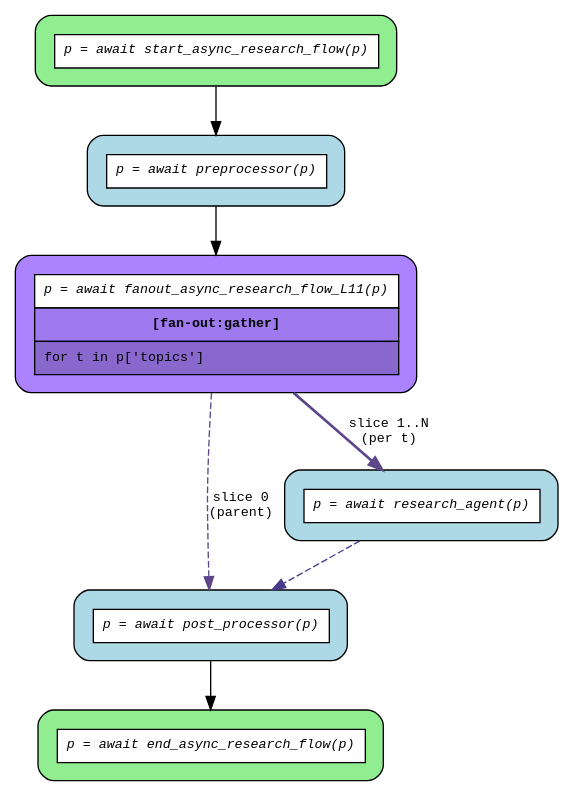
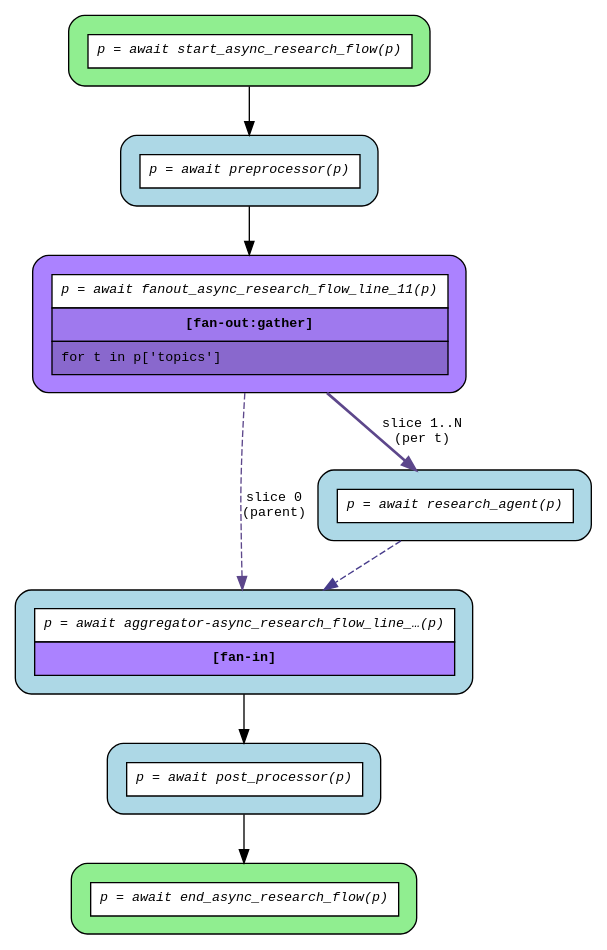
Before and after one commit to deliveryhero/asya: the diagram in examples/flows/compiled/fanout_gather/flow.dot, drawn with Graphviz. The commit also changed 22 other files, not shown here.

```diff
--- a/examples/flows/compiled/fanout_gather/flow.dot
+++ b/examples/flows/compiled/fanout_gather/flow.dot
@@ -1,20 +1,22 @@
 digraph flow {
   rankdir=TB;
   graph [fontname="Courier", fontsize=10];
   node [fontname="Courier", fontsize=10, shape=box, style="filled,rounded", margin="0.2"];
   edge [fontname="Courier", fontsize=10];
 
   start_async_research_flow [fillcolor="lightgreen", label=<<table border="0" cellspacing="0" cellpadding="6" cellborder="1"><tr><td bgcolor="white" align="center"><i>p = await start_async_research_flow(p)</i></td></tr></table>>];
-  fanout_async_research_flow_L11 [fillcolor="mediumpurple1", label=<<table border="0" cellspacing="0" cellpadding="6" cellborder="1"><tr><td bgcolor="white" align="center"><i>p = await fanout_async_research_flow_L11(p)</i></td></tr><tr><td bgcolor="mediumpurple2" align="center"><b>[fan-out:gather]</b></td></tr><tr><td bgcolor="mediumpurple3" align="left">for t in p['topics']</td></tr></table>>];
+  fanout_async_research_flow_line_11 [fillcolor="mediumpurple1", label=<<table border="0" cellspacing="0" cellpadding="6" cellborder="1"><tr><td bgcolor="white" align="center"><i>p = await fanout_async_research_flow_line_11(p)</i></td></tr><tr><td bgcolor="mediumpurple2" align="center"><b>[fan-out:gather]</b></td></tr><tr><td bgcolor="mediumpurple3" align="left">for t in p['topics']</td></tr></table>>];
   end_async_research_flow [fillcolor="lightgreen", label=<<table border="0" cellspacing="0" cellpadding="6" cellborder="1"><tr><td bgcolor="white" align="center"><i>p = await end_async_research_flow(p)</i></td></tr></table>>];
+  aggregator_async_research_flow_line_11 [fillcolor="lightblue", label=<<table border="0" cellspacing="0" cellpadding="6" cellborder="1"><tr><td bgcolor="white" align="center"><i>p = await aggregator-async_research_flow_line_…(p)</i></td></tr><tr><td bgcolor="mediumpurple1" align="center"><b>[fan-in]</b></td></tr></table>>];
   post_processor [fillcolor="lightblue", label=<<table border="0" cellspacing="0" cellpadding="6" cellborder="1"><tr><td bgcolor="white" align="center"><i>p = await post_processor(p)</i></td></tr></table>>];
   preprocessor [fillcolor="lightblue", label=<<table border="0" cellspacing="0" cellpadding="6" cellborder="1"><tr><td bgcolor="white" align="center"><i>p = await preprocessor(p)</i></td></tr></table>>];
   research_agent [fillcolor="lightblue", label=<<table border="0" cellspacing="0" cellpadding="6" cellborder="1"><tr><td bgcolor="white" align="center"><i>p = await research_agent(p)</i></td></tr></table>>];
 
-  fanout_async_research_flow_L11 -> post_processor [color=mediumpurple4, label="slice 0\n(parent)", style=dashed];
-  fanout_async_research_flow_L11 -> research_agent [color=mediumpurple4, label="slice 1..N\n(per t)", style=bold];
+  aggregator_async_research_flow_line_11 -> post_processor;
+  fanout_async_research_flow_line_11 -> aggregator_async_research_flow_line_11 [color=mediumpurple4, label="slice 0\n(parent)", style=dashed];
+  fanout_async_research_flow_line_11 -> research_agent [color=mediumpurple4, label="slice 1..N\n(per t)", style=bold];
   post_processor -> end_async_research_flow;
-  preprocessor -> fanout_async_research_flow_L11;
-  research_agent -> post_processor [color=slateblue4, style=dashed];
+  preprocessor -> fanout_async_research_flow_line_11;
+  research_agent -> aggregator_async_research_flow_line_11 [color=slateblue4, style=dashed];
   start_async_research_flow -> preprocessor;
 }
```
